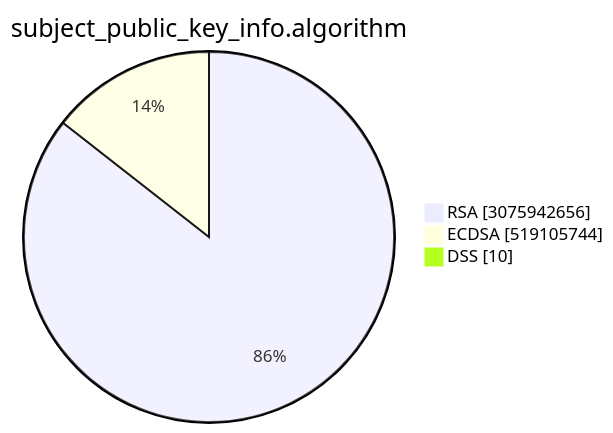
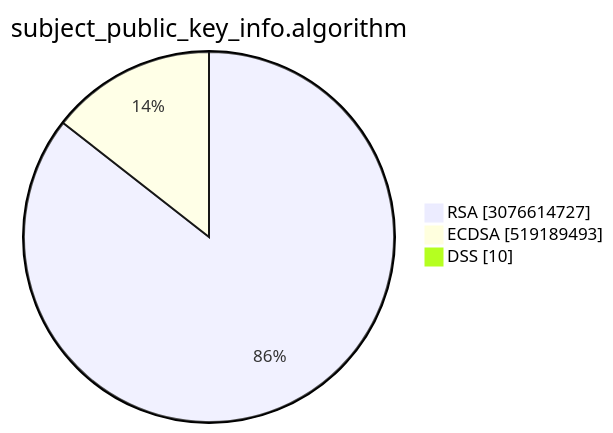
Before and after one commit to christiankrug/ctmonitor_visualization: the second of 15 diagrams in TOTAL/README.md, drawn with Mermaid. The commit also changed other lines of this file, not shown here.

````diff
--- a/TOTAL/README.md
+++ b/TOTAL/README.md
@@ -6,7 +6,7 @@
 ```mermaid
 pie showData
 title subject_public_key_info.algorithm
-"RSA" :3075942656
-"ECDSA" :519105744
+"RSA" :3076614727
+"ECDSA" :519189493
 "DSS" :10
 ```
````
